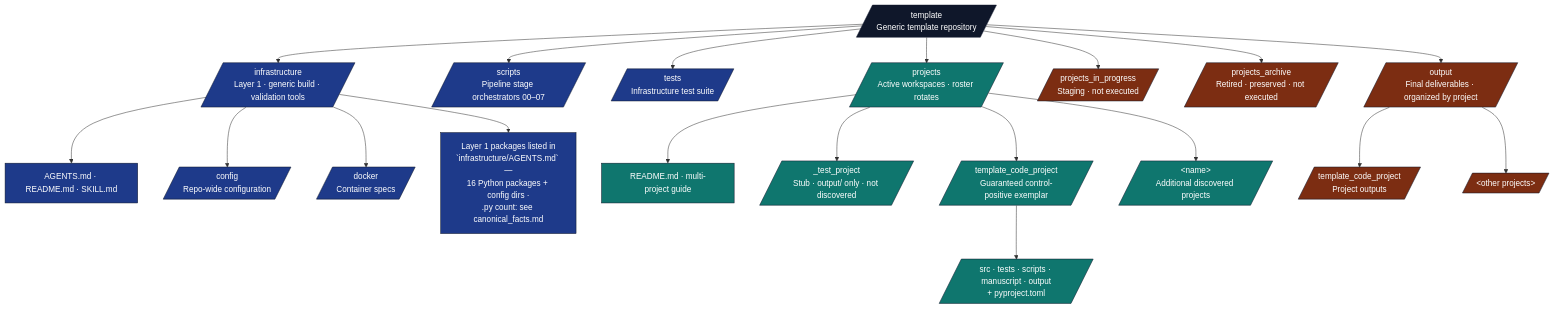
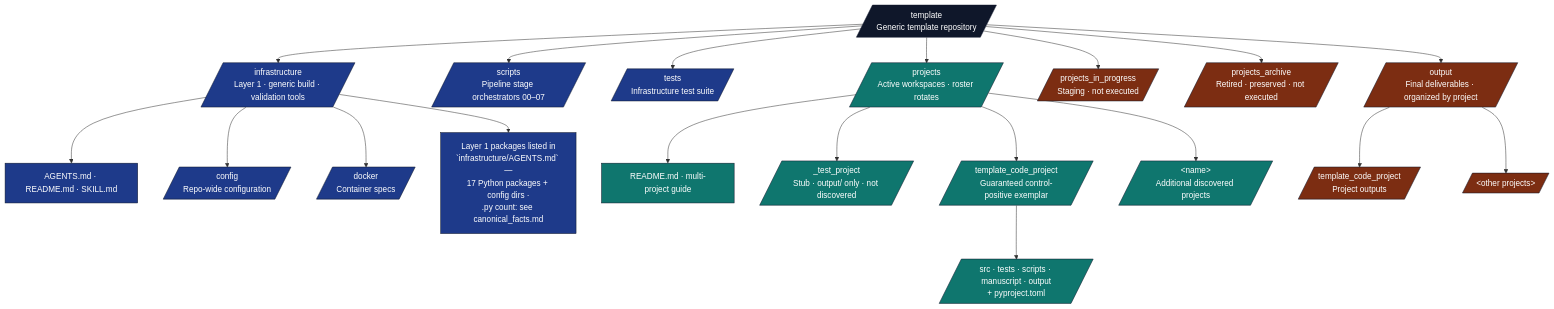
The first of 4 diagrams in AGENTS.md (docxology/template), drawn with Mermaid before and after one commit. The commit also changed other lines of this file and 482 other files, not shown here.

````diff
--- a/AGENTS.md
+++ b/AGENTS.md
@@ -217,36 +226,36 @@
 ```mermaid
 flowchart TB
     ROOT[/template<br/>Generic template repository/]
 
     ROOT --> INFRA[/infrastructure<br/>Layer 1 · generic build · validation tools/]
     ROOT --> SCRIPTS[/scripts<br/>Pipeline stage orchestrators 00–07/]
     ROOT --> TESTS[/tests<br/>Infrastructure test suite/]
     ROOT --> PROJECTS[/projects<br/>Active workspaces · roster rotates/]
     ROOT --> WIP[/projects_in_progress<br/>Staging · not executed/]
     ROOT --> ARCH[/projects_archive<br/>Retired · preserved · not executed/]
     ROOT --> OUT[/output<br/>Final deliverables · organized by project/]
 
     INFRA --> I_DOCS[AGENTS.md · README.md · SKILL.md]
     INFRA --> I_CONFIG[/config<br/>Repo-wide configuration/]
     INFRA --> I_DOCKER[/docker<br/>Container specs/]
-    INFRA --> I_SUB[Layer 1 packages listed in<br/>`infrastructure/AGENTS.md` —<br/>16 Python packages + config dirs ·<br/>.py count: see canonical_facts.md]
+    INFRA --> I_SUB[Layer 1 packages listed in<br/>`infrastructure/AGENTS.md` —<br/>17 Python packages + config dirs ·<br/>.py count: see canonical_facts.md]
 
     PROJECTS --> P_README[README.md · multi-project guide]
     PROJECTS --> P_STUB[/_test_project<br/>Stub · output/ only · not discovered/]
     PROJECTS --> P_CODE[/template_code_project<br/>Guaranteed control-positive exemplar/]
     PROJECTS --> P_OTHER[/&lt;name&gt;<br/>Additional discovered projects/]
 
     P_CODE --> P_C_SRC[/src · tests · scripts · manuscript · output<br/>+ pyproject.toml/]
 
     OUT --> O_CODE[/template_code_project<br/>Project outputs/]
     OUT --> O_DOTS[/&lt;other projects&gt;/]
 
     classDef root fill:#0f172a,stroke:#0f172a,color:#fff
     classDef l1 fill:#1e3a8a,stroke:#0f172a,color:#fff
     classDef l2 fill:#0f766e,stroke:#0f172a,color:#fff
     classDef gen fill:#7c2d12,stroke:#0f172a,color:#fff
     class ROOT root
     class INFRA,SCRIPTS,TESTS,I_CONFIG,I_DOCKER,I_SUB,I_DOCS l1
     class PROJECTS,P_CODE,P_OTHER,P_STUB,P_README,P_C_SRC l2
     class WIP,ARCH,OUT,O_CODE,O_DOTS gen
 ```
````
